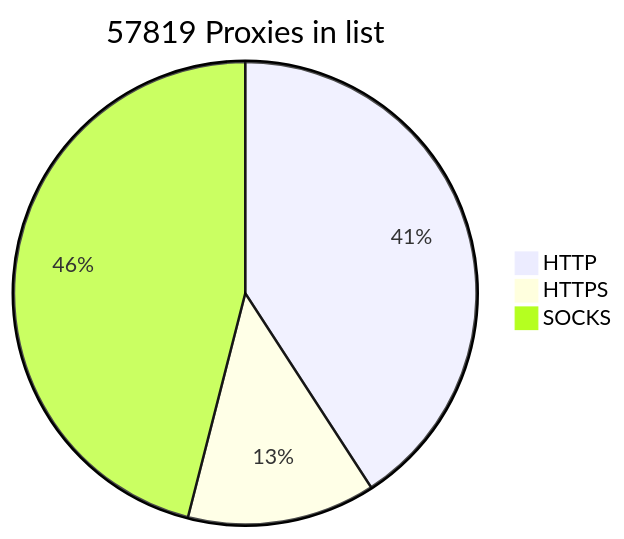
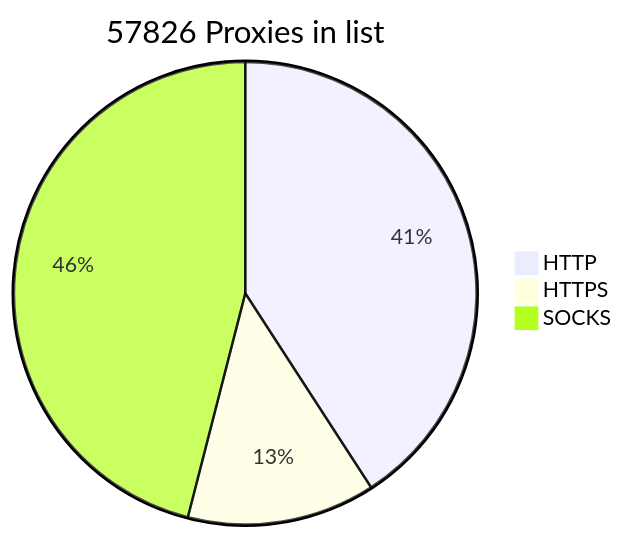
Before and after one commit to BlackSnowDot/proxylist-update-every-minute: the diagram in README.md, drawn with Mermaid.

````diff
--- a/README.md
+++ b/README.md
@@ -2,6 +2,6 @@
 ```mermaid
-pie title 57819 Proxies in list
-    "HTTP" : 26561
-    "HTTPS": 8549
+pie title 57826 Proxies in list
+    "HTTP" : 26569
+    "HTTPS": 8553
     "SOCKS" : 29923
 ```
````
